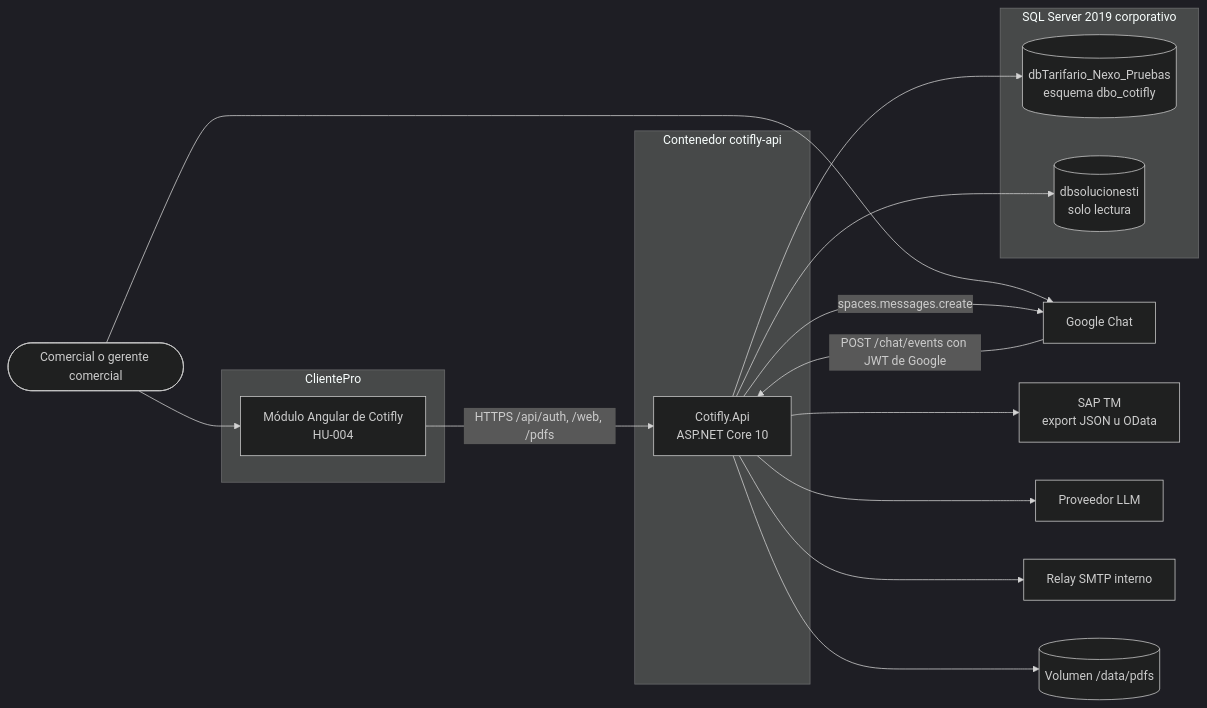
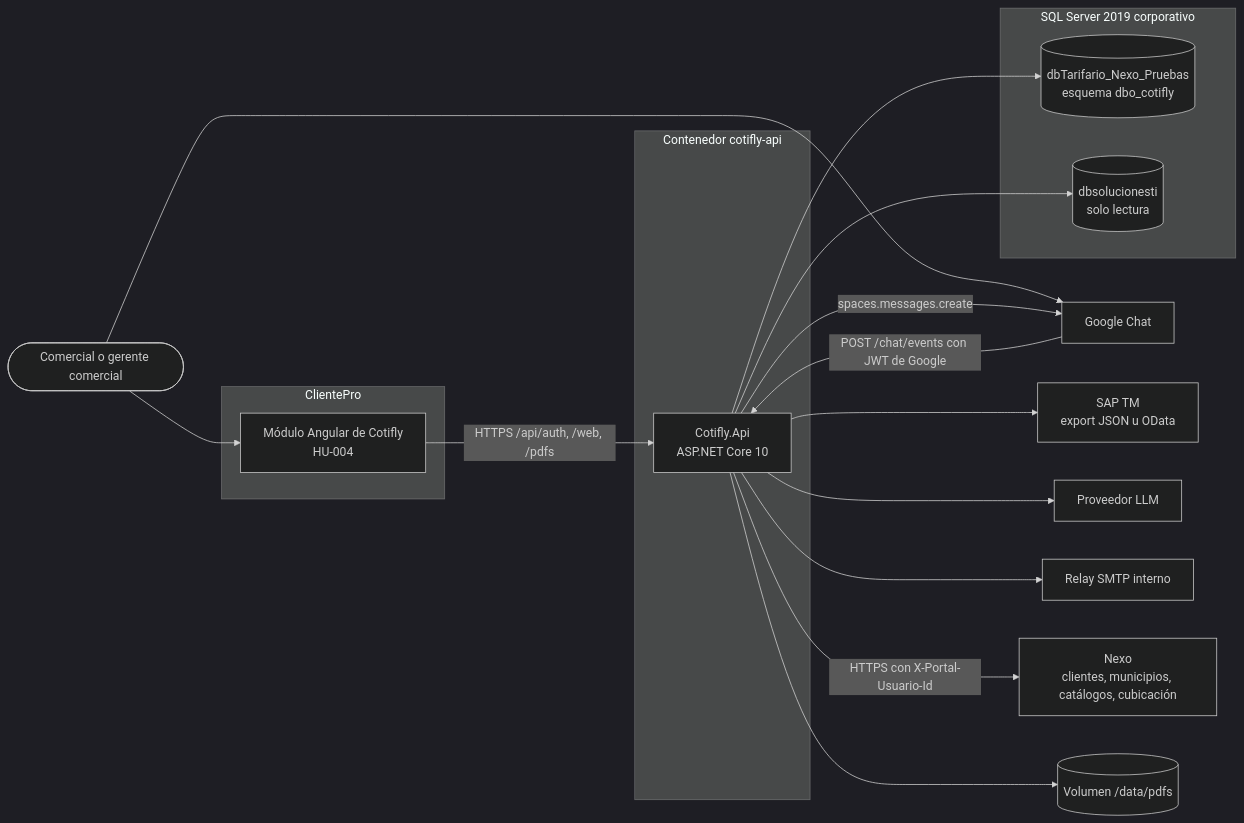
The first of 6 diagrams in backend-dotnet/docs/02-arquitectura.md (InnovacionIA-proyectos/Cotifly), drawn with Mermaid (dark theme) before and after one commit. The commit also changed other lines of this file and 9 other files, not shown here.

First line of the commit message:
HU-003.8: documentación sincronizada con la integración de Nexo (#14)

````diff
--- a/backend-dotnet/docs/02-arquitectura.md
+++ b/backend-dotnet/docs/02-arquitectura.md
@@ -23,31 +24,33 @@
 ```mermaid
 flowchart LR
     comercial([Comercial o gerente comercial])
     subgraph clientepro[ClientePro]
         front[Módulo Angular de Cotifly<br/>HU-004]
     end
     gchat[Google Chat]
     subgraph contenedor[Contenedor cotifly-api]
         api[Cotifly.Api<br/>ASP.NET Core 10]
     end
     subgraph sql[SQL Server 2019 corporativo]
         dbc[(dbTarifario_Nexo_Pruebas<br/>esquema dbo_cotifly)]
         dbi[(dbsolucionesti<br/>solo lectura)]
     end
     sap[SAP TM<br/>export JSON u OData]
     llm[Proveedor LLM]
     smtp[Relay SMTP interno]
+    nexo[Nexo<br/>clientes, municipios, catálogos, cubicación]
     pdfs[(Volumen /data/pdfs)]
 
     comercial --> front
     comercial --> gchat
     front -- "HTTPS /api/auth, /web, /pdfs" --> api
     gchat -- "POST /chat/events con JWT de Google" --> api
     api -- "spaces.messages.create" --> gchat
     api --> dbc
     api --> dbi
     api --> sap
     api --> llm
     api --> smtp
+    api -- "HTTPS con X-Portal-Usuario-Id" --> nexo
     api --> pdfs
 ```
````
